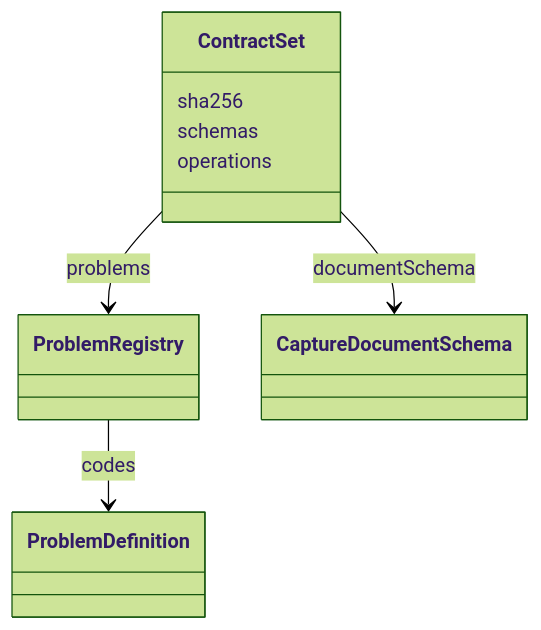
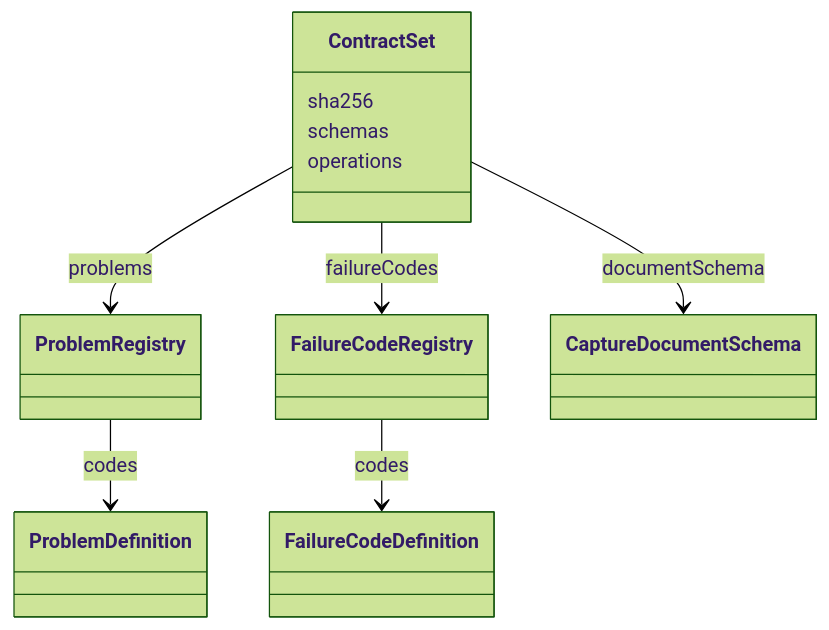
Before and after one commit to gx-capture/capture-workbench: the first of 2 diagrams in docs/domain/contracts.md, drawn with Mermaid (forest theme). The commit also changed other lines of this file and 109 other files, not shown here.

````diff
--- a/docs/domain/contracts.md
+++ b/docs/domain/contracts.md
@@ -29,9 +30,11 @@
 ```mermaid
 classDiagram
   ContractSet : sha256
   ContractSet : schemas
   ContractSet : operations
   ContractSet --> ProblemRegistry : problems
+  ContractSet --> FailureCodeRegistry : failureCodes
   ContractSet --> CaptureDocumentSchema : documentSchema
   ProblemRegistry --> ProblemDefinition : codes
+  FailureCodeRegistry --> FailureCodeDefinition : codes
 ```
````
